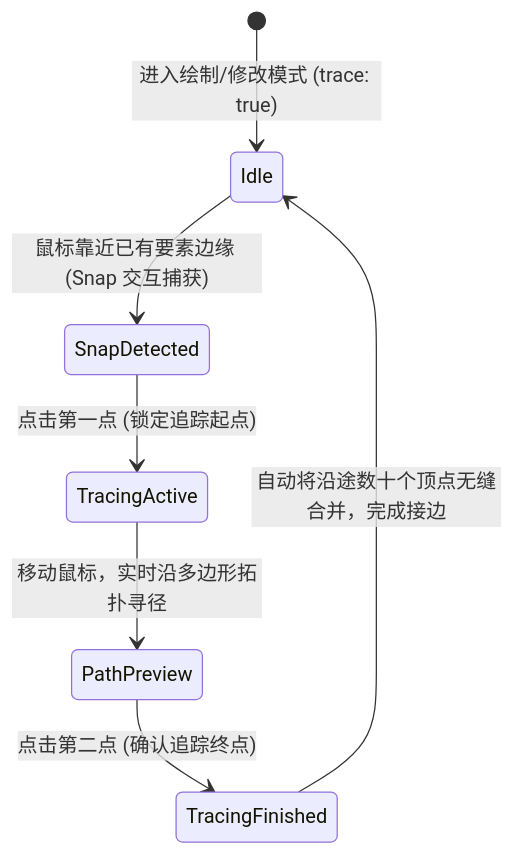
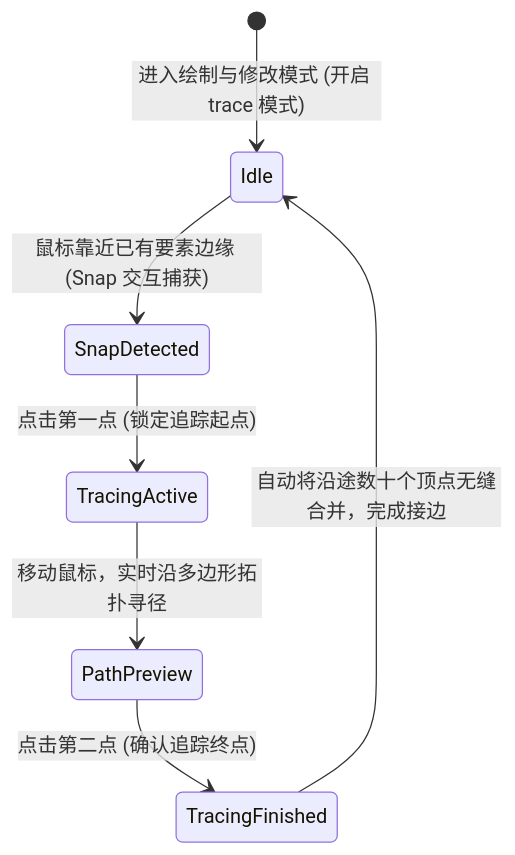
One commit to gisnotes/openlayers changed the second of 2 diagrams in site/summary/openlayers-topology-analysis-guide.md. Above: the diagram before and after it, drawn with Mermaid. The commit also changed 18 other files, not shown here.

Commit message:
fix(summary): 全面修复55篇专题文档中18处Mermaid流程图语法并补充规范至技能库

````diff
--- a/site/summary/openlayers-topology-analysis-guide.md
+++ b/site/summary/openlayers-topology-analysis-guide.md
@@ -84,9 +84,9 @@
 ```mermaid
 stateDiagram-v2
-    [*] --> Idle: 进入绘制/修改模式 (trace: true)
+    [*] --> Idle: 进入绘制与修改模式 (开启 trace 模式)
     Idle --> SnapDetected: 鼠标靠近已有要素边缘 (Snap 交互捕获)
     SnapDetected --> TracingActive: 点击第一点 (锁定追踪起点)
     TracingActive --> PathPreview: 移动鼠标，实时沿多边形拓扑寻径
     PathPreview --> TracingFinished: 点击第二点 (确认追踪终点)
     TracingFinished --> Idle: 自动将沿途数十个顶点无缝合并，完成接边
 ```
````
